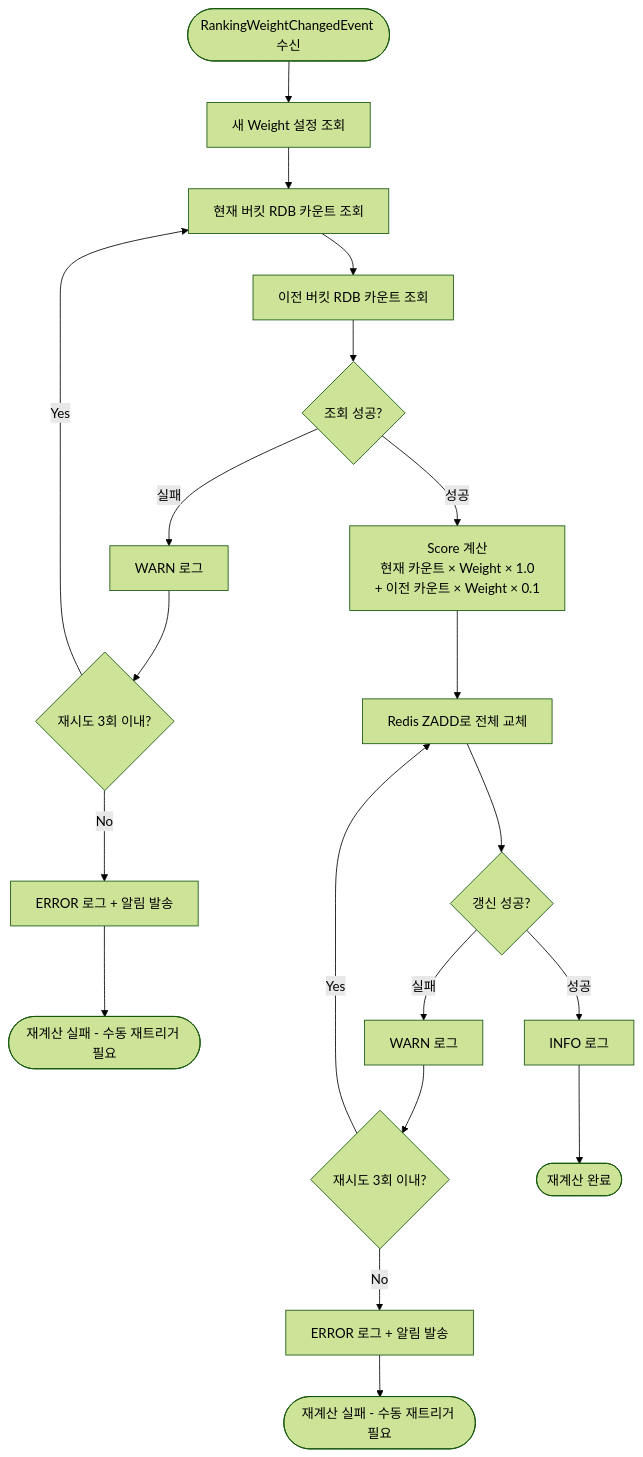
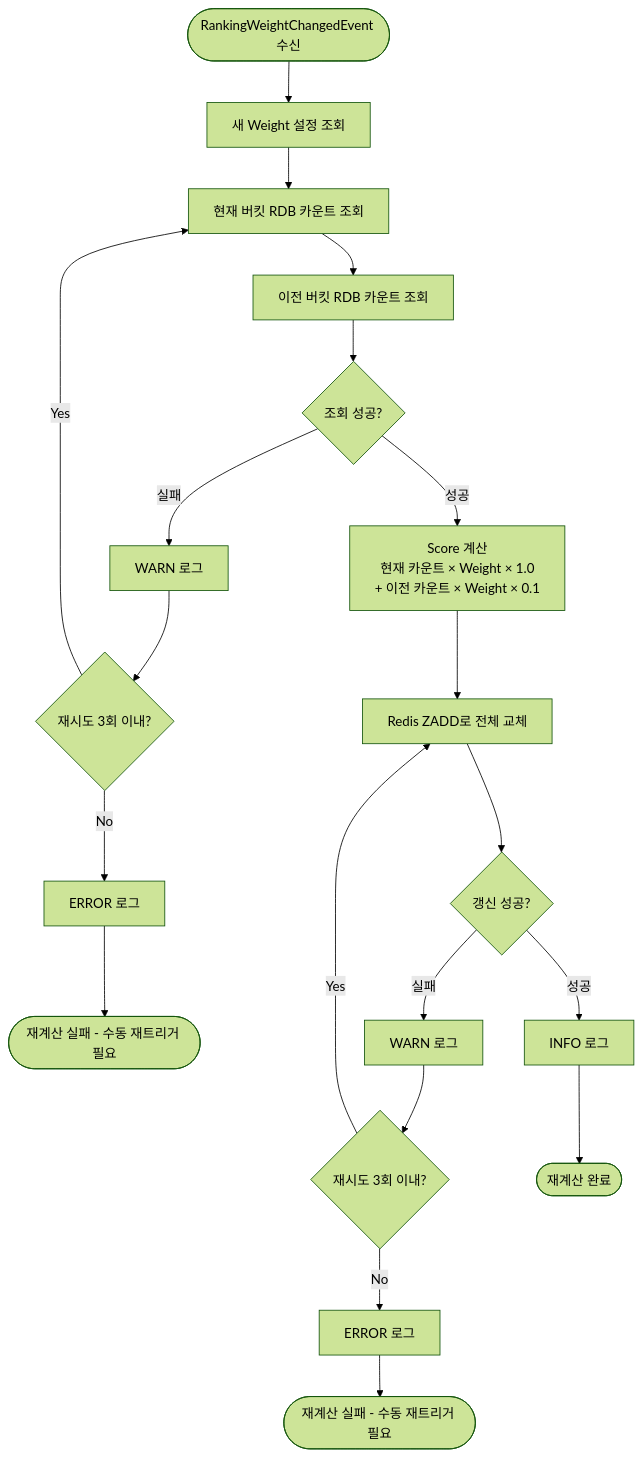
One commit to Loopers-dev-lab/loopers-spring-kotlin-template changed the fourth of 4 diagrams in docs/week9/detailed-design-ranking-system.md. Above: the diagram before and after it, drawn with Mermaid (forest theme). The commit also changed other lines of this file and 1 other file, not shown here.

````diff
--- a/docs/week9/detailed-design-ranking-system.md
+++ b/docs/week9/detailed-design-ranking-system.md
@@ -119,30 +119,30 @@
 ```mermaid
 flowchart TD
     Start([RankingWeightChangedEvent 수신]) --> FetchWeight[새 Weight 설정 조회]
     
     FetchWeight --> FetchCurrentBucket[현재 버킷 RDB 카운트 조회]
     FetchCurrentBucket --> FetchPrevBucket[이전 버킷 RDB 카운트 조회]
     
     FetchPrevBucket --> FetchSuccess{조회 성공?}
     
     FetchSuccess -->|실패| LogFetchError[WARN 로그]
     LogFetchError --> RetryFetch{재시도 3회 이내?}
     RetryFetch -->|Yes| FetchCurrentBucket
-    RetryFetch -->|No| FetchFail[ERROR 로그 + 알림 발송]
+    RetryFetch -->|No| FetchFail[ERROR 로그]
     FetchFail --> End1([재계산 실패 - 수동 재트리거 필요])
     
     FetchSuccess -->|성공| CalcScores[Score 계산<br/>현재 카운트 × Weight × 1.0<br/>+ 이전 카운트 × Weight × 0.1]
     
     CalcScores --> ReplaceRedis[Redis ZADD로 전체 교체]
     
     ReplaceRedis --> RedisSuccess{갱신 성공?}
     
     RedisSuccess -->|실패| LogRedisWarn[WARN 로그]
     LogRedisWarn --> RetryRedis{재시도 3회 이내?}
     RetryRedis -->|Yes| ReplaceRedis
-    RetryRedis -->|No| LogRedisError[ERROR 로그 + 알림 발송]
+    RetryRedis -->|No| LogRedisError[ERROR 로그]
     LogRedisError --> End2([재계산 실패 - 수동 재트리거 필요])
     
     RedisSuccess -->|성공| LogSuccess[INFO 로그]
     LogSuccess --> End3([재계산 완료])
 ```
````
